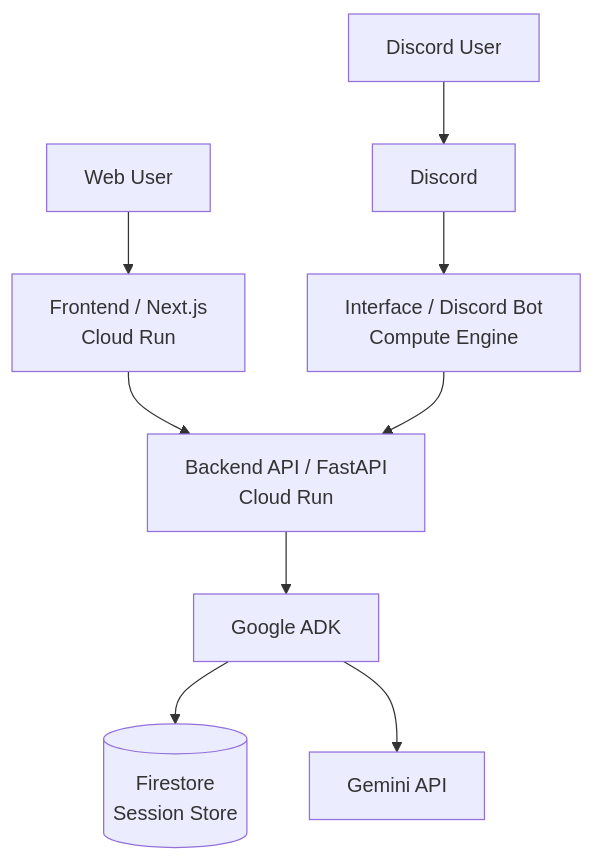
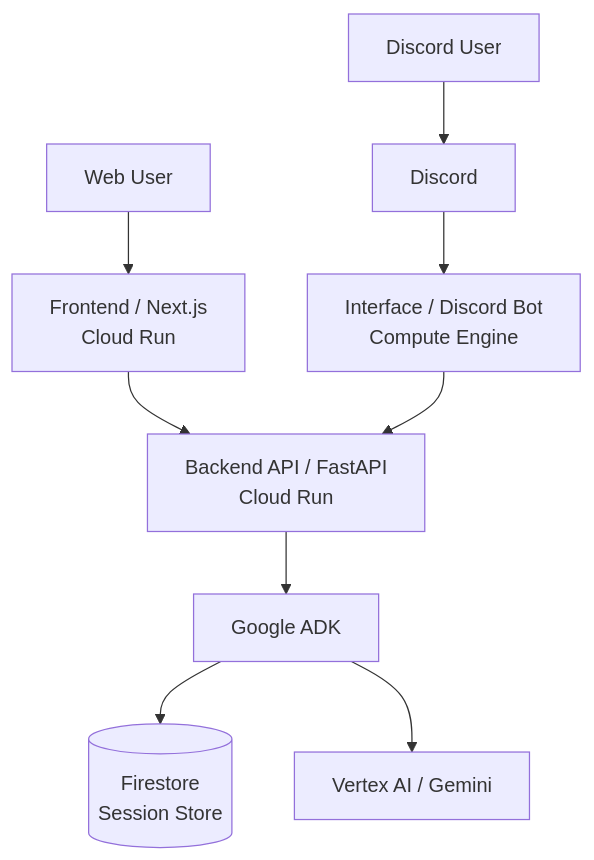
One commit to kkj333/madamis-ai changed the diagram in README.md. Above: the diagram before and after it, drawn with Mermaid. The commit also changed other lines of this file and 23 other files, not shown here.

First line of the commit message:
Upgrade to ADK 2.0 with Vertex AI and structured-output repro tooling.

````diff
--- a/README.md
+++ b/README.md
@@ -17,13 +17,13 @@
 ```mermaid
 flowchart TD
   WebUser[Web User] --> Frontend[Frontend / Next.js<br/>Cloud Run]
   Frontend --> Backend[Backend API / FastAPI<br/>Cloud Run]
 
   DiscordUser[Discord User] --> Discord[Discord]
   Discord --> Bot[Interface / Discord Bot<br/>Compute Engine]
   Bot --> Backend
 
   Backend --> ADK[Google ADK]
   ADK --> Firestore[(Firestore<br/>Session Store)]
-  ADK --> Gemini[Gemini API]
+  ADK --> Gemini[Vertex AI / Gemini]
 ```
````
